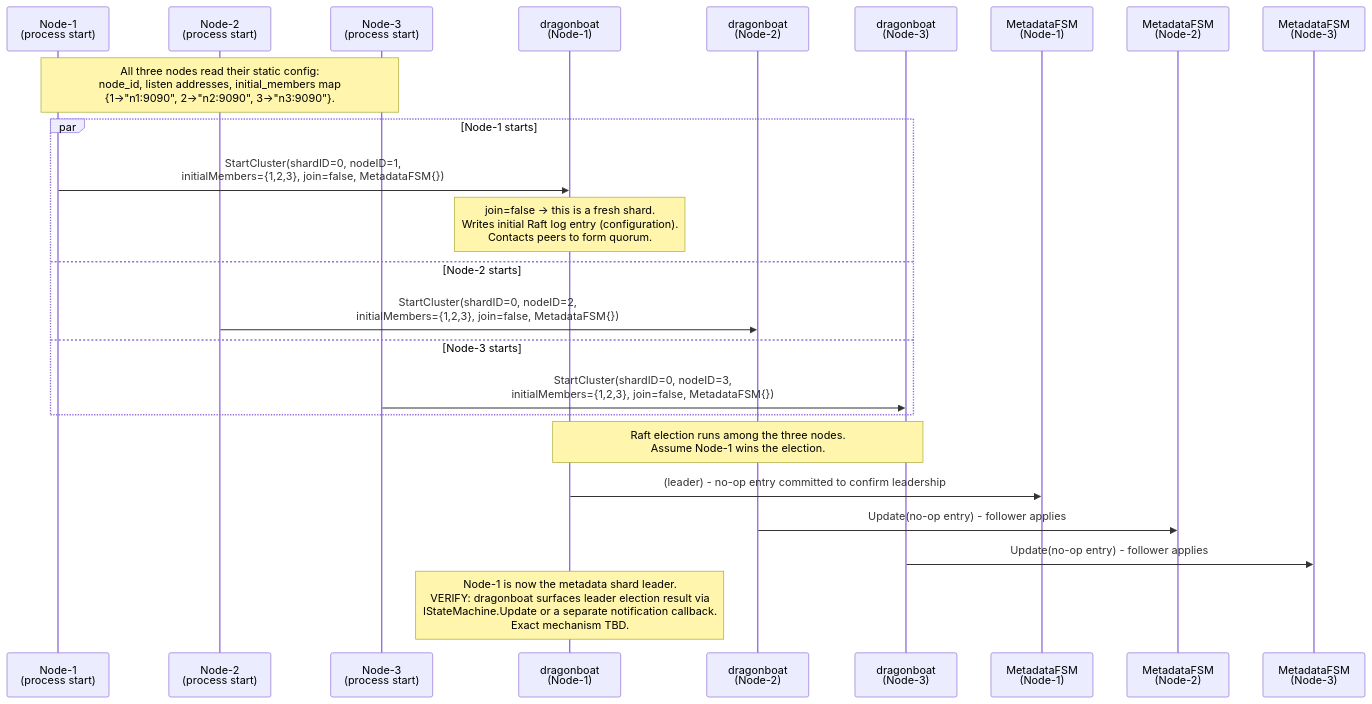
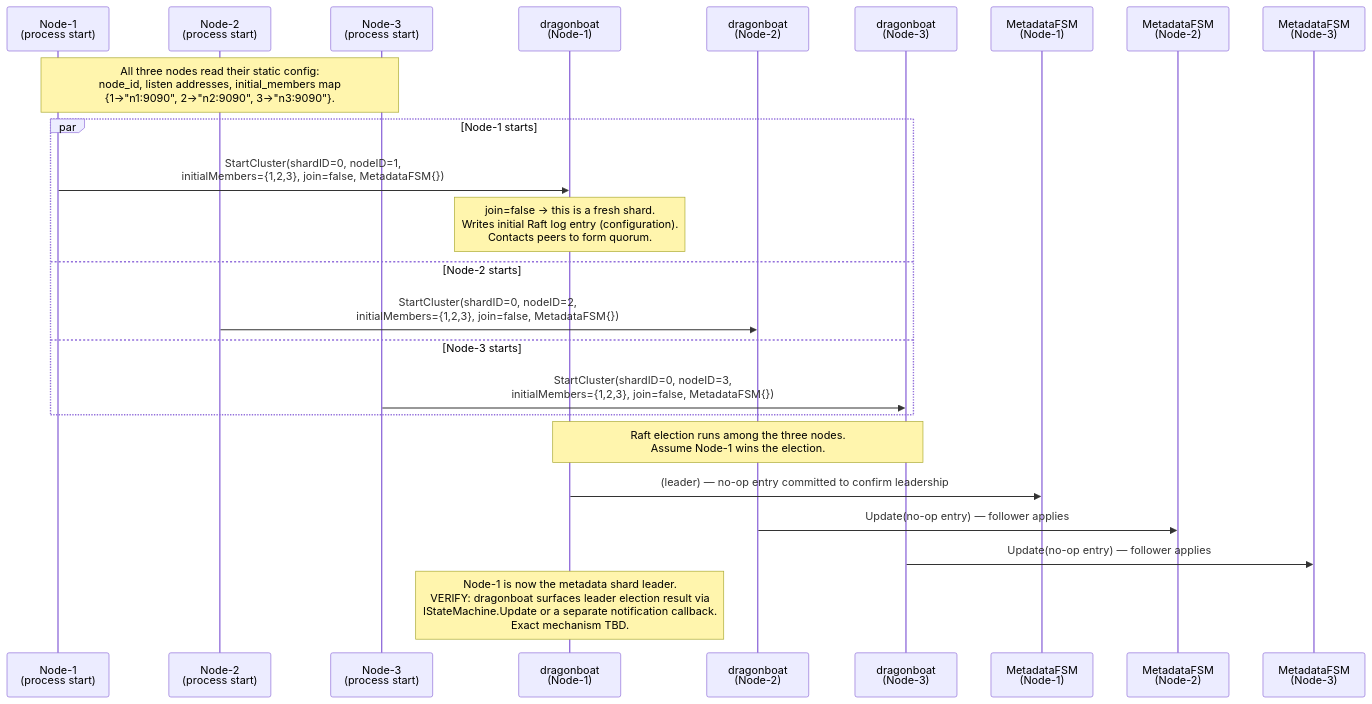
Before and after one commit to bunnymq/bunnymq: the first of 3 diagrams in docs/design/sequence/startup-cluster.md, drawn with Mermaid. The commit also changed other lines of this file and 86 other files, not shown here.

````diff
--- a/docs/design/sequence/startup-cluster.md
+++ b/docs/design/sequence/startup-cluster.md
@@ -9,31 +9,31 @@
 ```mermaid
 sequenceDiagram
     participant N1 as Node-1<br/>(process start)
     participant N2 as Node-2<br/>(process start)
     participant N3 as Node-3<br/>(process start)
     participant DB1 as dragonboat<br/>(Node-1)
     participant DB2 as dragonboat<br/>(Node-2)
     participant DB3 as dragonboat<br/>(Node-3)
     participant MFSM1 as MetadataFSM<br/>(Node-1)
     participant MFSM2 as MetadataFSM<br/>(Node-2)
     participant MFSM3 as MetadataFSM<br/>(Node-3)
 
     Note over N1,N3: All three nodes read their static config:<br/>node_id, listen addresses, initial_members map<br/>{1→"n1:9090", 2→"n2:9090", 3→"n3:9090"}.
 
     par Node-1 starts
         N1->>DB1: StartCluster(shardID=0, nodeID=1,<br/>initialMembers={1,2,3}, join=false, MetadataFSM{})
         Note over DB1: join=false → this is a fresh shard.<br/>Writes initial Raft log entry (configuration).<br/>Contacts peers to form quorum.
     and Node-2 starts
         N2->>DB2: StartCluster(shardID=0, nodeID=2,<br/>initialMembers={1,2,3}, join=false, MetadataFSM{})
     and Node-3 starts
         N3->>DB3: StartCluster(shardID=0, nodeID=3,<br/>initialMembers={1,2,3}, join=false, MetadataFSM{})
     end
 
     Note over DB1,DB3: Raft election runs among the three nodes.<br/>Assume Node-1 wins the election.
 
-    DB1->>MFSM1: (leader) - no-op entry committed to confirm leadership
-    DB2->>MFSM2: Update(no-op entry) - follower applies
-    DB3->>MFSM3: Update(no-op entry) - follower applies
+    DB1->>MFSM1: (leader) — no-op entry committed to confirm leadership
+    DB2->>MFSM2: Update(no-op entry) — follower applies
+    DB3->>MFSM3: Update(no-op entry) — follower applies
 
     Note over DB1: Node-1 is now the metadata shard leader.<br/>VERIFY: dragonboat surfaces leader election result via<br/>IStateMachine.Update or a separate notification callback.<br/>Exact mechanism TBD.
 ```
````
